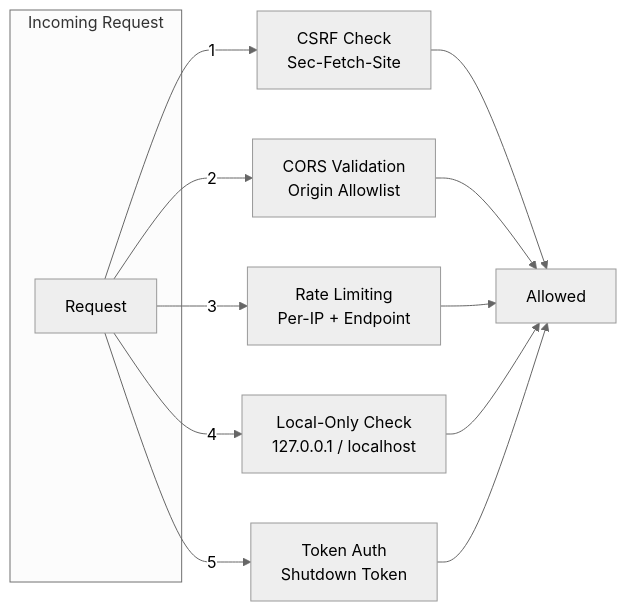
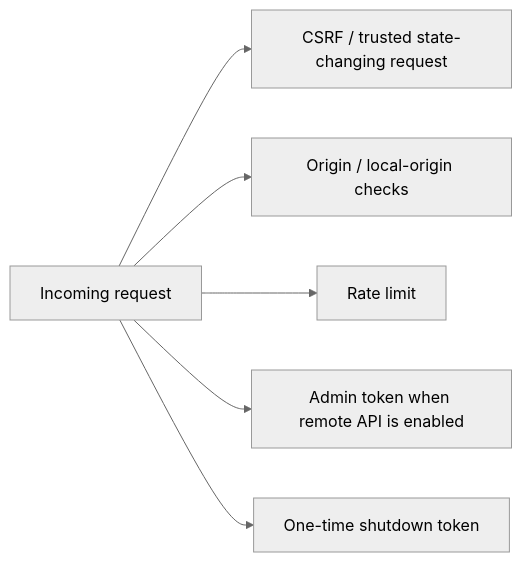
One commit to TopiTech/mistral_nex_stocks changed the third of 3 diagrams in docs/architecture.md. Above: the diagram before and after it, drawn with Mermaid (neutral theme). The commit also changed other lines of this file and 7 other files, not shown here.

````diff
--- a/docs/architecture.md
+++ b/docs/architecture.md
@@ -188,18 +125,8 @@
 ```mermaid
 graph LR
-    subgraph Incoming["Incoming Request"]
-        R[Request]
-    end
-
-    R -->|1| CSRF[CSRF Check<br/>Sec-Fetch-Site]
-    R -->|2| CORS[CORS Validation<br/>Origin Allowlist]
-    R -->|3| RL[Rate Limiting<br/>Per-IP + Endpoint]
-    R -->|4| LOCAL[Local-Only Check<br/>127.0.0.1 / localhost]
-    R -->|5| TOKEN[Token Auth<br/>Shutdown Token]
-
-    CSRF --> OK[Allowed]
-    CORS --> OK
-    RL --> OK
-    LOCAL --> OK
-    TOKEN --> OK
+    R[Incoming request] --> CSRF[CSRF / trusted state-changing request]
+    R --> ORIGIN[Origin / local-origin checks]
+    R --> RATE[Rate limit]
+    R --> ADMIN[Admin token when remote API is enabled]
+    R --> SHUTDOWN[One-time shutdown token]
 ```
````
